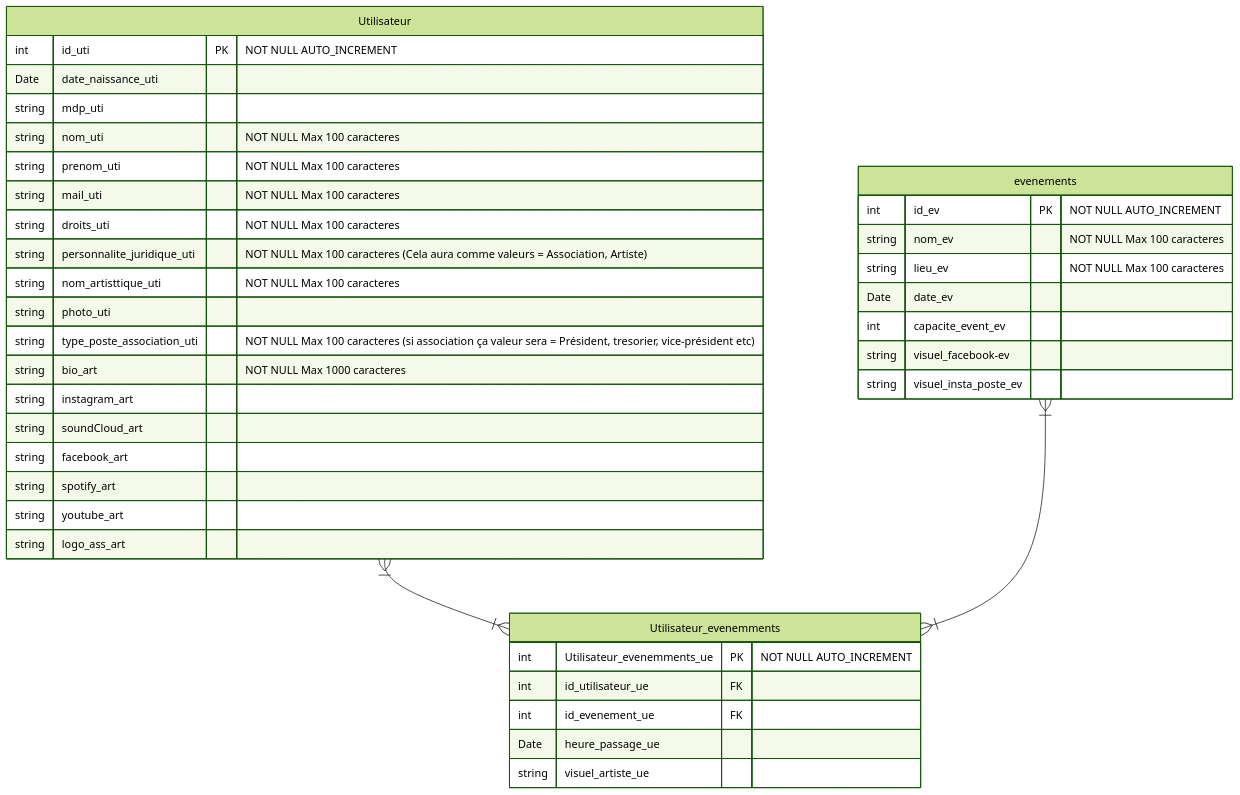
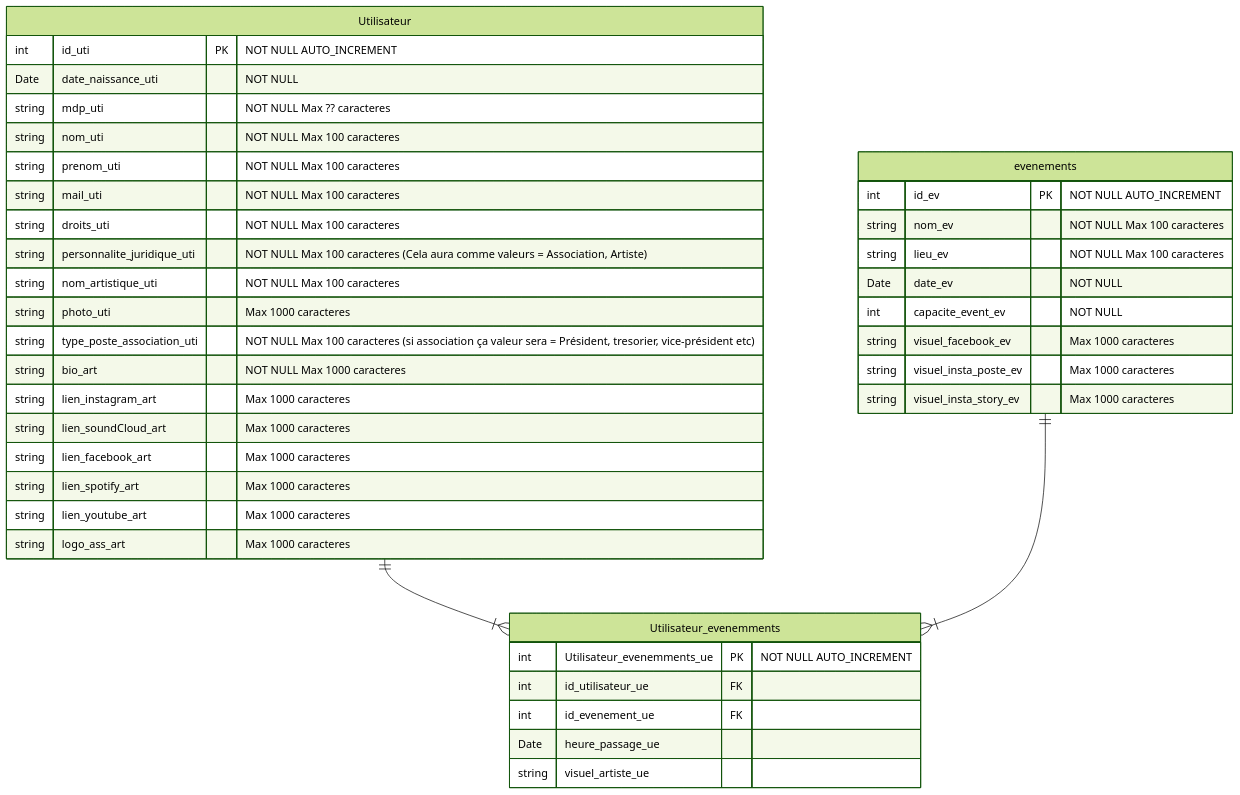
Before and after one commit to jmartinezsusunaga/tulutzBDD: the first of 2 diagrams in test.md, drawn with Mermaid (forest theme). The commit also changed 2 other files, not shown here.

Commit message:
modif bdd

````diff
--- a/test.md
+++ b/test.md
@@ -4,49 +4,50 @@
 ```mermaid
 erDiagram
     
-    Utilisateur }|--|{ Utilisateur_evenemments : ""
-    evenements }|--|{ Utilisateur_evenemments : ""
+    Utilisateur ||--|{ Utilisateur_evenemments : ""
+    evenements ||--|{ Utilisateur_evenemments : ""
 
  
     Utilisateur {
         int id_uti PK "NOT NULL AUTO_INCREMENT"
-        Date date_naissance_uti
-        string mdp_uti
+        Date date_naissance_uti "NOT NULL"
+        string mdp_uti "NOT NULL Max ?? caracteres"
         string nom_uti "NOT NULL Max 100 caracteres"
         string prenom_uti "NOT NULL Max 100 caracteres"
         string mail_uti "NOT NULL Max 100 caracteres"
         string droits_uti "NOT NULL Max 100 caracteres"
         string personnalite_juridique_uti "NOT NULL Max 100 caracteres (Cela aura comme valeurs = Association, Artiste)"
-        string nom_artisttique_uti "NOT NULL Max 100 caracteres"
-        string photo_uti 
+        string nom_artistique_uti "NOT NULL Max 100 caracteres"
+        string photo_uti "Max 1000 caracteres"
         string type_poste_association_uti "NOT NULL Max 100 caracteres (si association ça valeur sera = Président, tresorier, vice-président etc)"
         string bio_art "NOT NULL Max 1000 caracteres"
-        string instagram_art
-        string soundCloud_art
-        string facebook_art
-        string spotify_art
-        string youtube_art
-        string logo_ass_art
+        string lien_instagram_art "Max 1000 caracteres"
+        string lien_soundCloud_art "Max 1000 caracteres" 
+        string lien_facebook_art "Max 1000 caracteres"
+        string lien_spotify_art "Max 1000 caracteres"
+        string lien_youtube_art "Max 1000 caracteres"
+        string logo_ass_art "Max 1000 caracteres"
     }
 
     Utilisateur_evenemments {
         int Utilisateur_evenemments_ue PK "NOT NULL AUTO_INCREMENT"
         int id_utilisateur_ue FK
         int id_evenement_ue FK
         Date heure_passage_ue
         string visuel_artiste_ue
     }
 
   
     evenements {
         int id_ev PK "NOT NULL AUTO_INCREMENT"
         string nom_ev "NOT NULL Max 100 caracteres"
         string lieu_ev "NOT NULL Max 100 caracteres"
-        Date date_ev
-        int capacite_event_ev
-        string visuel_facebook-ev
-        string visuel_insta_poste_ev
+        Date date_ev "NOT NULL"
+        int capacite_event_ev "NOT NULL"
+        string visuel_facebook_ev " Max 1000 caracteres"
+        string visuel_insta_poste_ev "Max 1000 caracteres"
+        string visuel_insta_story_ev "Max 1000 caracteres"
     }
 
 
 ```
````
